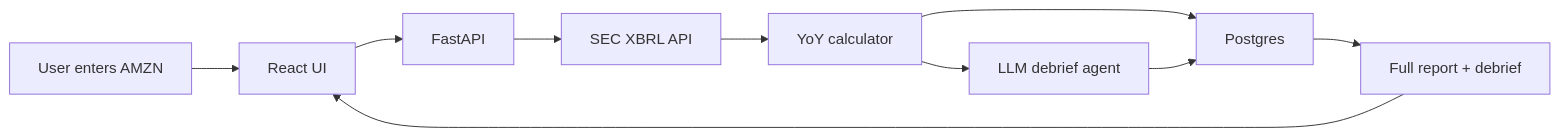
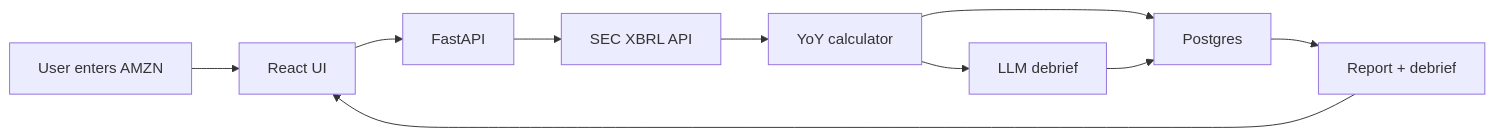
The diagram in README.md (JulianGriffin11/Earnings-Helper), drawn with Mermaid before and after one commit. The commit also changed other lines of this file and 60 other files, not shown here.

````diff
--- a/README.md
+++ b/README.md
@@ -20,18 +9,18 @@
 ```mermaid
 flowchart LR
     User["User enters AMZN"]
     Frontend["React UI"]
     API["FastAPI"]
     SEC["SEC XBRL API"]
     Calc["YoY calculator"]
     DB["Postgres"]
-    LLM["LLM debrief agent"]
-    Report["Full report + debrief"]
+    LLM["LLM debrief"]
+    Report["Report + debrief"]
 
     User --> Frontend --> API
     API --> SEC --> Calc
     Calc --> DB
     Calc --> LLM
     LLM --> DB
     DB --> Report --> Frontend
 ```
````
